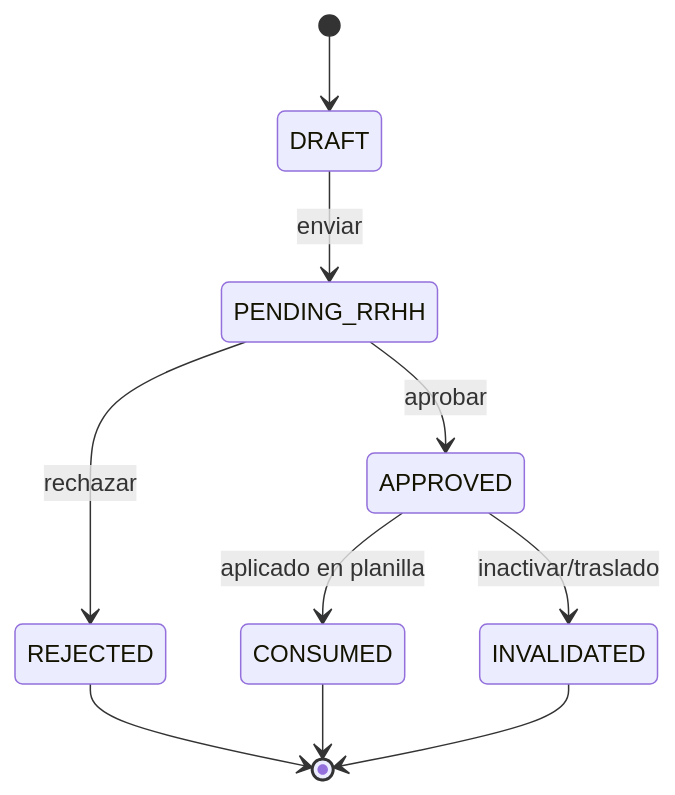
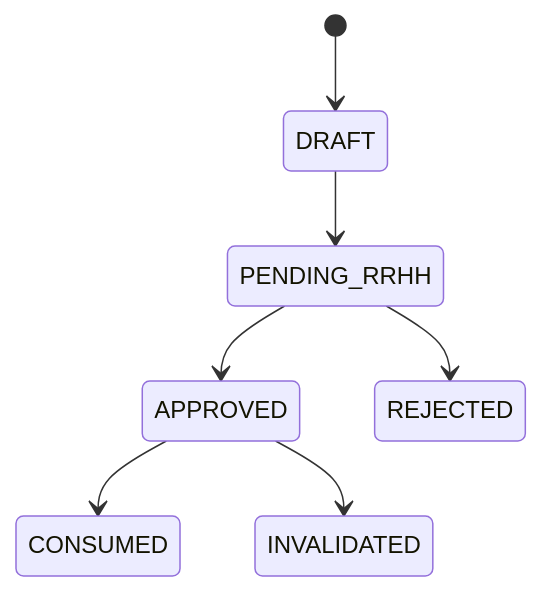
One commit to Robertoart13/NewKipital changed the diagram in docs/09-acciones-personal/ACCIONES-PERSONAL-INDICE.md. Above: the diagram before and after it, drawn with Mermaid. The commit also changed other lines of this file and 119 other files, not shown here.

````diff
--- a/docs/09-acciones-personal/ACCIONES-PERSONAL-INDICE.md
+++ b/docs/09-acciones-personal/ACCIONES-PERSONAL-INDICE.md
@@ -13,12 +22,9 @@
 ```mermaid
 stateDiagram-v2
   [*] --> DRAFT
-  DRAFT --> PENDING_RRHH: enviar
-  PENDING_RRHH --> APPROVED: aprobar
-  PENDING_RRHH --> REJECTED: rechazar
-  APPROVED --> CONSUMED: aplicado en planilla
-  APPROVED --> INVALIDATED: inactivar/traslado
-  REJECTED --> [*]
-  CONSUMED --> [*]
-  INVALIDATED --> [*]
+  DRAFT --> PENDING_RRHH
+  PENDING_RRHH --> APPROVED
+  PENDING_RRHH --> REJECTED
+  APPROVED --> CONSUMED
+  APPROVED --> INVALIDATED
 ```
````
